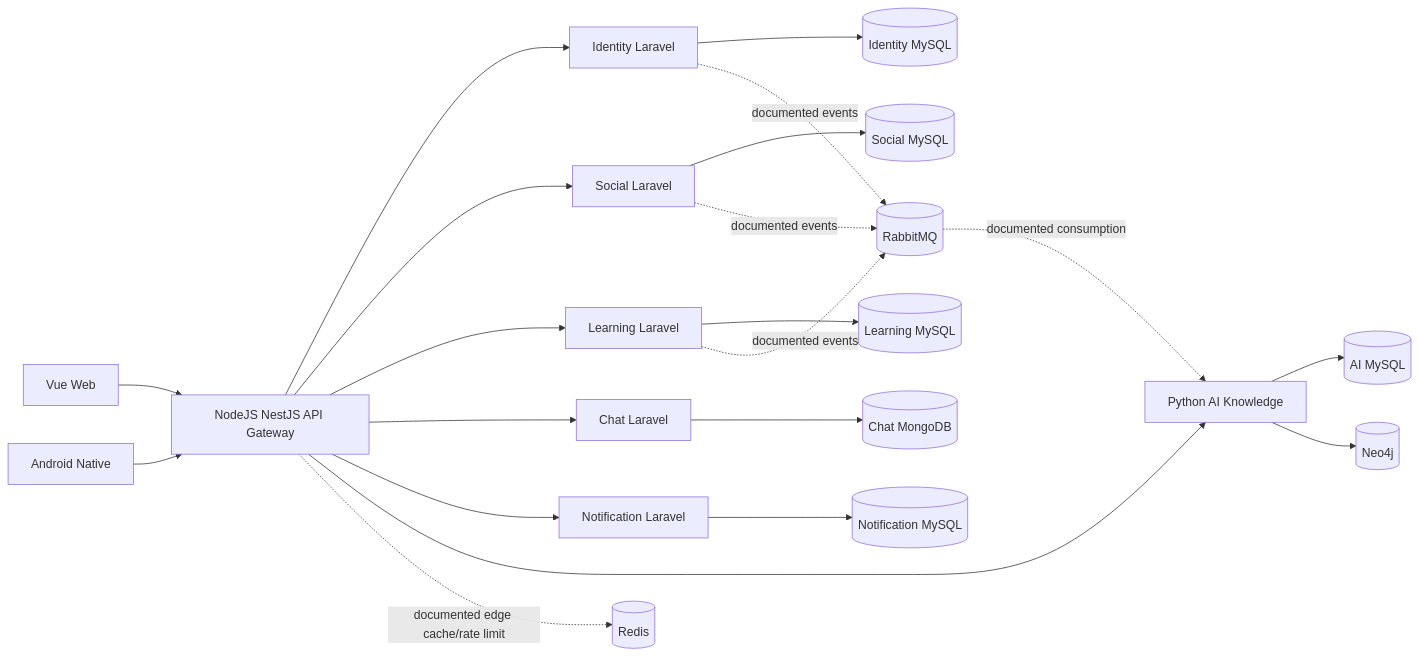
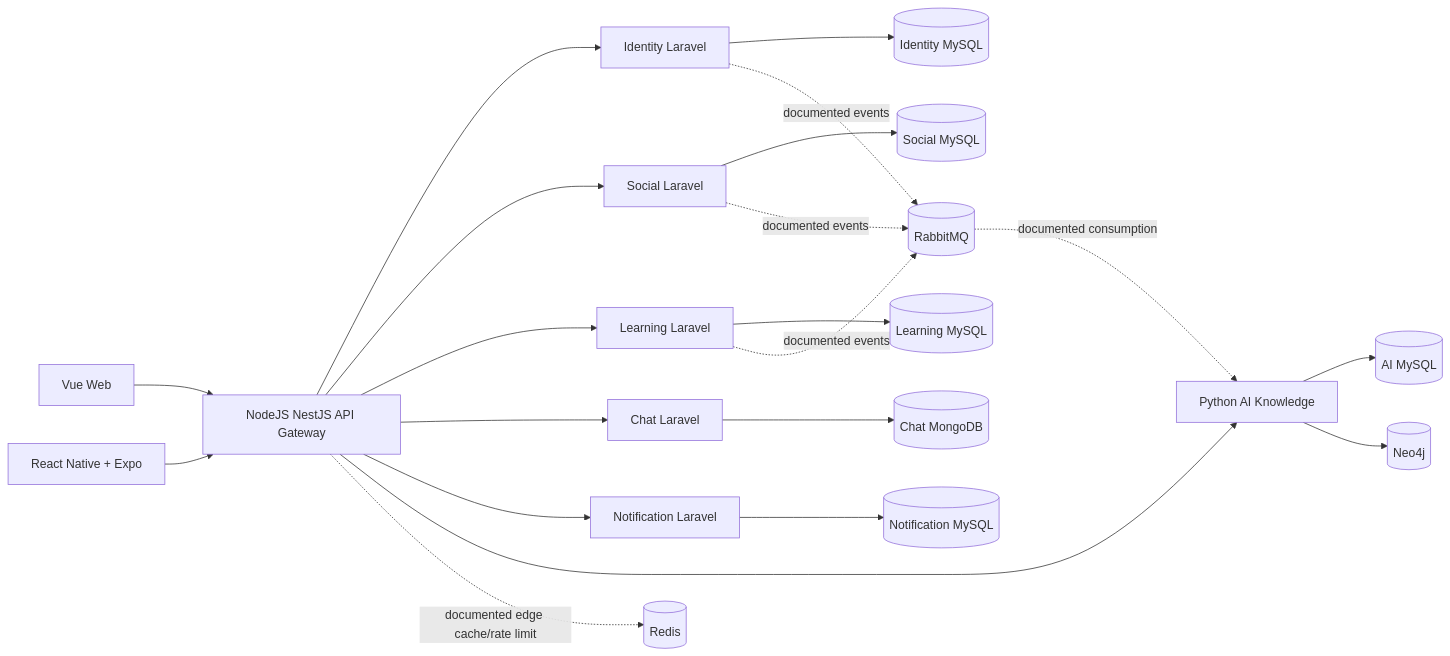
Before and after one commit to Sangpts1307/social_networks: the second of 2 diagrams in docs/specs/Cac_giai_doan_can_lam/01-current-system.md, drawn with Mermaid. The commit also changed other lines of this file and 370 other files, not shown here.

````diff
--- a/docs/specs/Cac_giai_doan_can_lam/01-current-system.md
+++ b/docs/specs/Cac_giai_doan_can_lam/01-current-system.md
@@ -91,23 +91,23 @@
 ```mermaid
 flowchart LR
   W[Vue Web] --> G[NodeJS NestJS API Gateway]
-  M[Android Native] --> G
+  M[React Native + Expo] --> G
   G --> I[Identity Laravel]
   G --> S[Social Laravel]
   G --> L[Learning Laravel]
   G --> C[Chat Laravel]
   G --> N[Notification Laravel]
   G --> A[Python AI Knowledge]
   I --> IM[(Identity MySQL)]
   S --> SM[(Social MySQL)]
   L --> LM[(Learning MySQL)]
   C --> CM[(Chat MongoDB)]
   N --> NM[(Notification MySQL)]
   A --> AM[(AI MySQL)]
   A --> KG[(Neo4j)]
   I -. documented events .-> Q[(RabbitMQ)]
   S -. documented events .-> Q
   L -. documented events .-> Q
   Q -. documented consumption .-> A
   G -. documented edge cache/rate limit .-> R[(Redis)]
 ```
````
